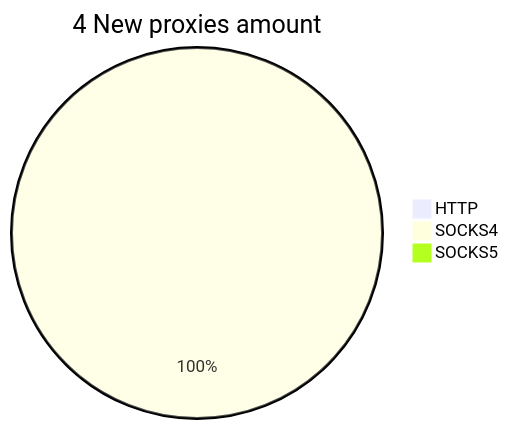
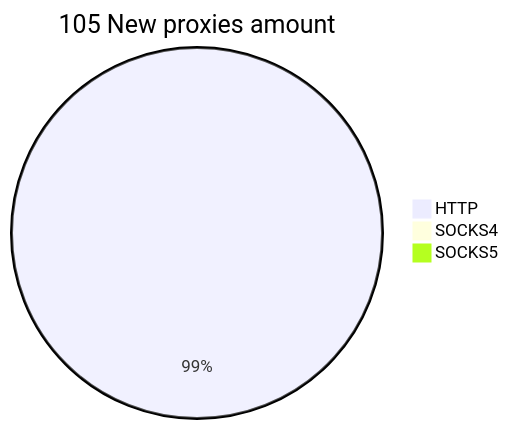
Before and after one commit to cutipu/proxylist: the second of 2 diagrams in README.md, drawn with Mermaid. The commit also changed other lines of this file, not shown here.

````diff
--- a/README.md
+++ b/README.md
@@ -10,6 +10,6 @@
 ```mermaid
-pie title 4 New proxies amount
-    "HTTP" : 0
-    "SOCKS4" : 26
+pie title 105 New proxies amount
+    "HTTP" : 105
+    "SOCKS4" : 1
     "SOCKS5" : 0
 ```
````
